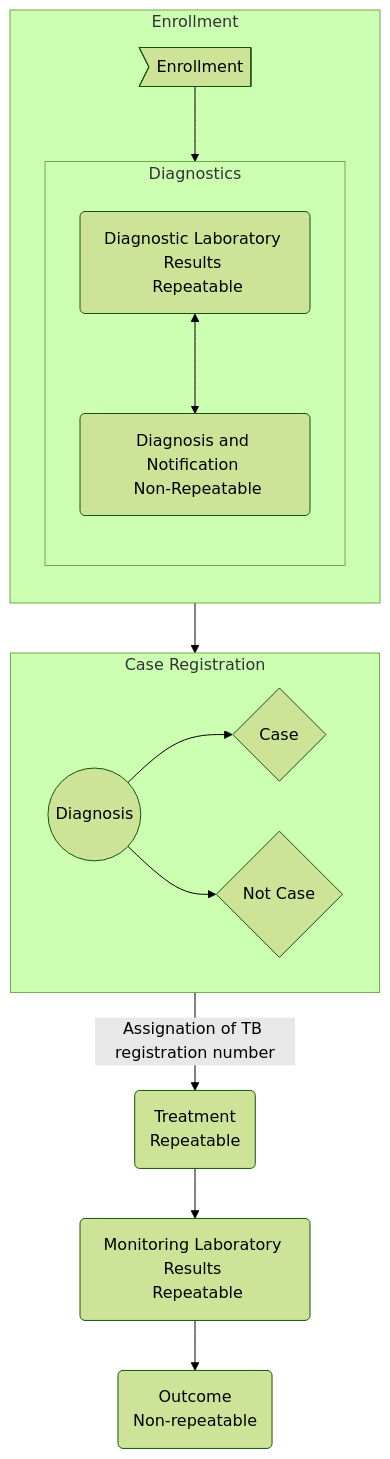
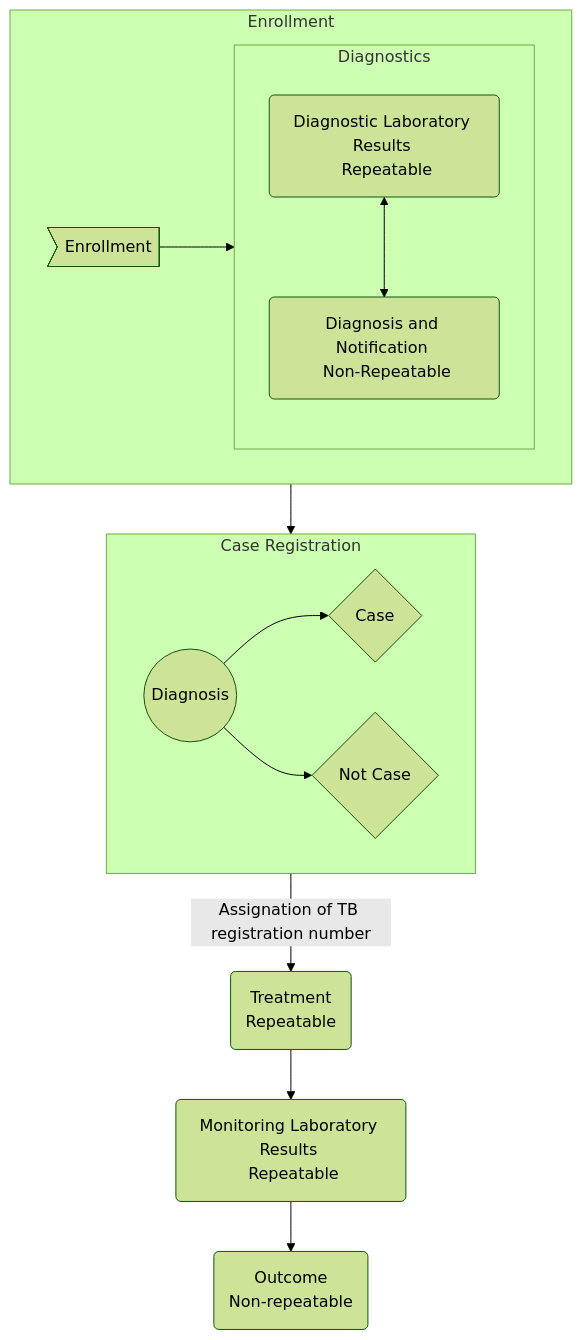
The diagram in docs/tb_cs-design-3.0.0.md (dhis2-metadata/TBCS-TB_Case_Surveillance), drawn with Mermaid (forest theme) before and after one commit.

````diff
--- a/docs/tb_cs-design-3.0.0.md
+++ b/docs/tb_cs-design-3.0.0.md
@@ -3,32 +3,30 @@
 ```mermaid
 %%{init: {'mirrorActors': false } }%%
 
 flowchart TD
   id1>Enrollment]
   id2(Diagnostic Laboratory Results <br> Repeatable)
   id3(Diagnosis and Notification <br> Non-Repeatable)
   id4((Diagnosis))
   id5{Case}
   id6{Not Case}
   id7(Treatment <br> Repeatable)
   id8(Monitoring Laboratory Results <br> Repeatable)
   id9(Outcome <br> Non-repeatable)
   subgraph Enrollment
-    direction TD
     subgraph Diagnostics
-       direction TD
        id2 <--> id3
     end
     id1 --> Diagnostics
   end
   subgraph Case Registration
     direction LR
     id4 --> id5
     id4 --> id6
   end
   Enrollment --> id4
   id5 -- Assignation of TB registration number --> id7
   id7 --> id8
   id8 --> id9
   
 ```
````
